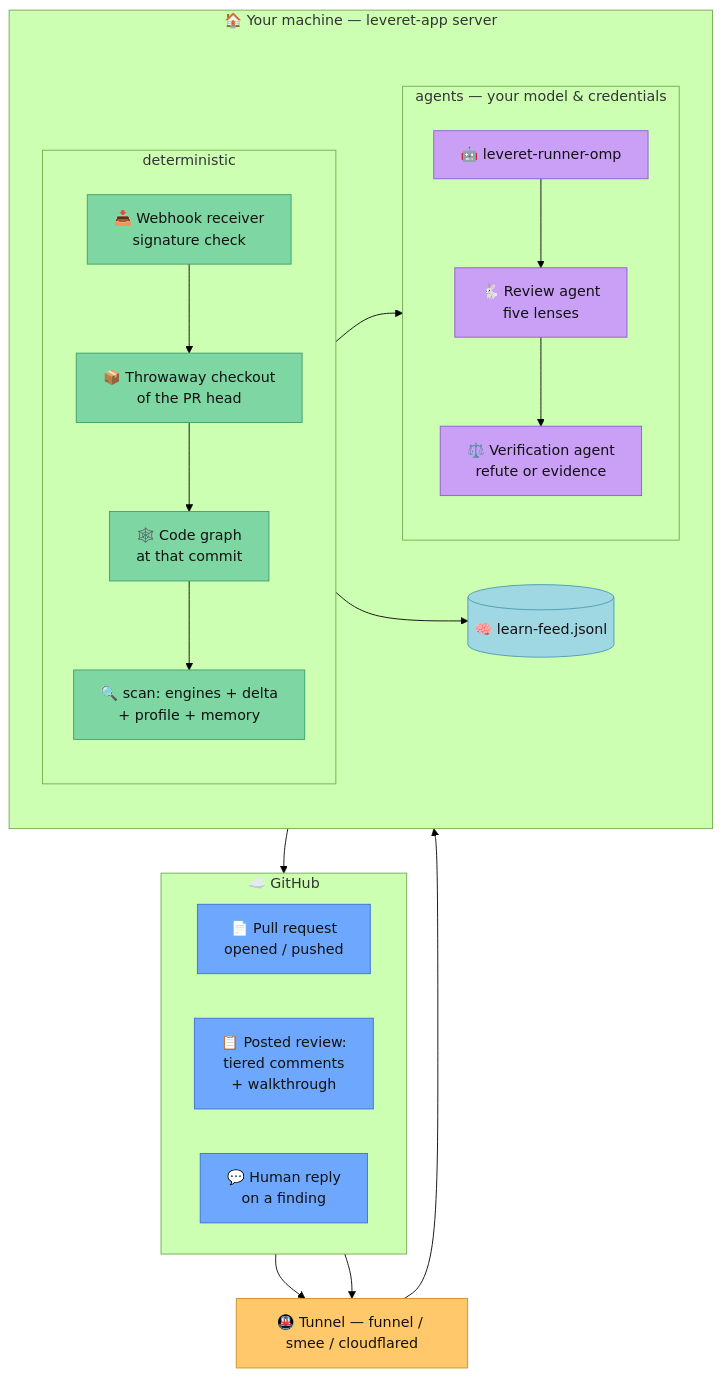
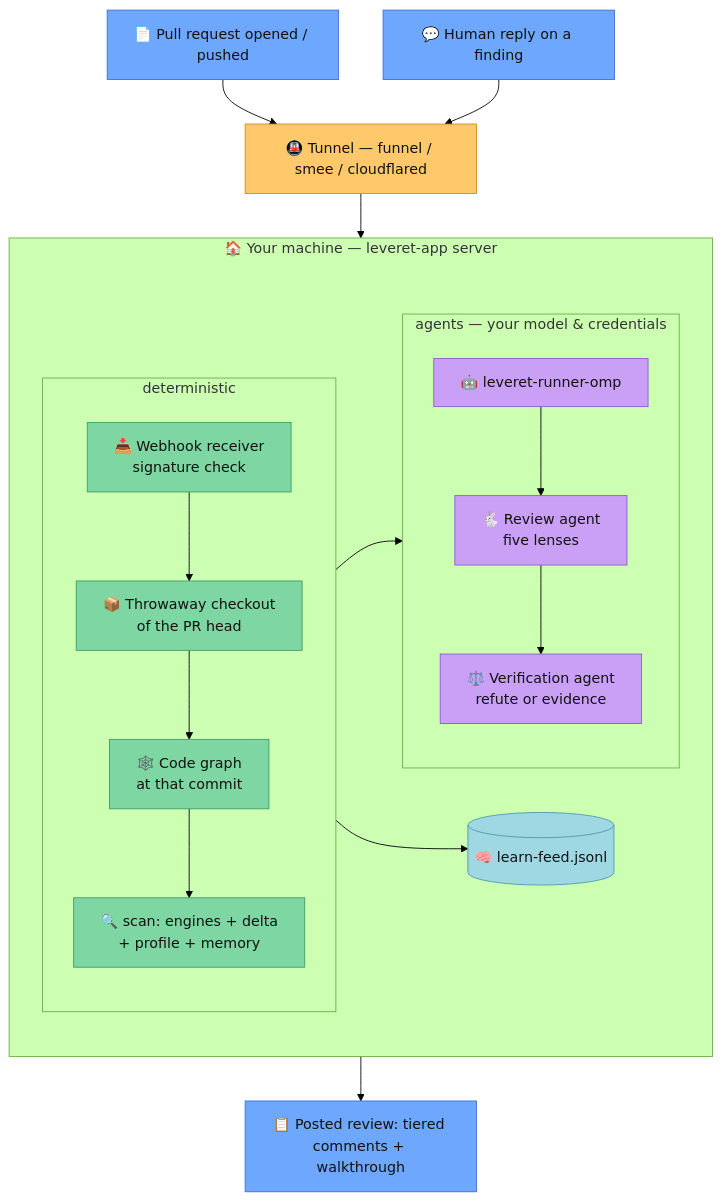
Before and after one commit to andrebrait/leveret: the diagram in docs/app.md, drawn with Mermaid (forest theme).

Commit message:
docs: GitHub nodes float free around the machine block

````diff
--- a/docs/app.md
+++ b/docs/app.md
@@ -62,42 +62,39 @@
 ```mermaid
 flowchart TD
-    subgraph GitHub["☁️ GitHub"]
-        direction LR
-        PR["📄 Pull request<br>opened / pushed"]:::gh
-        REV["📋 Posted review:<br>tiered comments<br>+ walkthrough"]:::gh
-        REPLY["💬 Human reply<br>on a finding"]:::gh
-    end
-
+    PR["📄 Pull request opened / pushed"]:::gh
     T["🚇 Tunnel — funnel / smee / cloudflared"]:::tun
+    REPLY["💬 Human reply on a finding"]:::gh
+    REV["📋 Posted review: tiered comments + walkthrough"]:::gh
 
     subgraph your["🏠 Your machine — leveret-app server"]
         direction LR
         subgraph det["deterministic"]
             direction TB
             WH["📥 Webhook receiver<br>signature check"]:::core
             CO["📦 Throwaway checkout<br>of the PR head"]:::core
             CG["🕸️ Code graph<br>at that commit"]:::core
             SCAN["🔍 scan: engines + delta<br>+ profile + memory"]:::core
             WH --> CO --> CG --> SCAN
         end
         subgraph ag["agents — your model & credentials"]
             direction TB
             RUN["🤖 leveret-runner-omp"]:::agent
             RA["🐇 Review agent<br>five lenses"]:::agent
             VA["⚖️ Verification agent<br>refute or evidence"]:::agent
             RUN --> RA --> VA
         end
         FEED[("🧠 learn-feed.jsonl")]:::store
+        SCAN --> RUN
+        WH --> FEED
     end
 
-    PR --> T --> WH
-    SCAN --> RUN
+    PR --> T
+    REPLY --> T
+    T --> WH
     VA --> REV
-    REPLY --> T
-    WH --> FEED
     classDef gh fill:#6ea8fe,stroke:#3d6fd9,color:#111
     classDef tun fill:#ffc86b,stroke:#cc8f22,color:#111
     classDef core fill:#7ed6a2,stroke:#3d9e6a,color:#111
     classDef agent fill:#c9a0f5,stroke:#9059d1,color:#111
     classDef store fill:#9fd8e3,stroke:#4d9aab,color:#111
 ```
````
